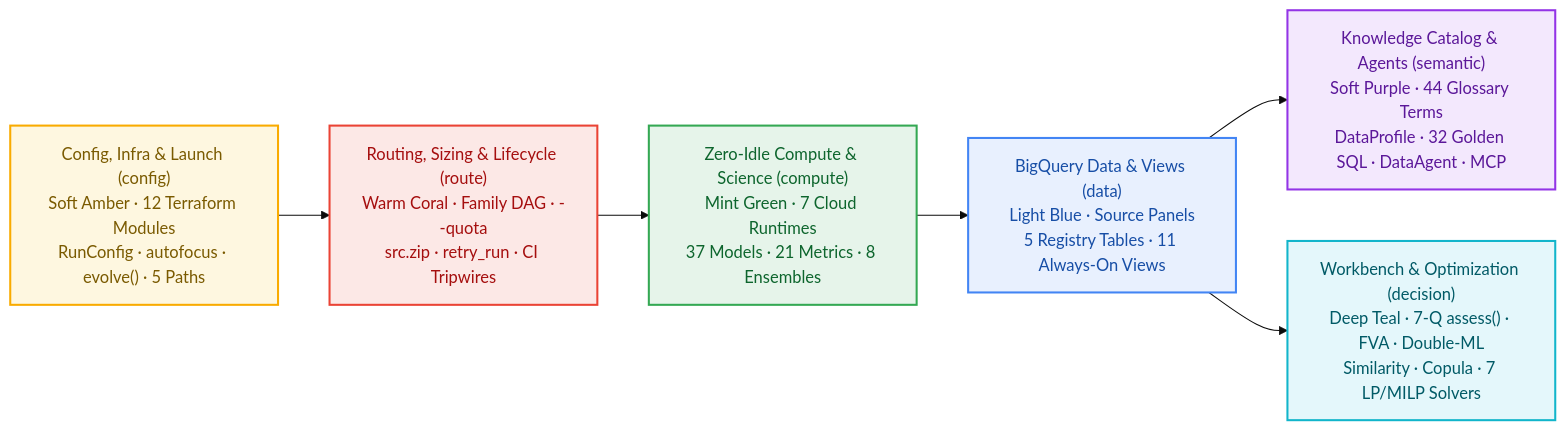
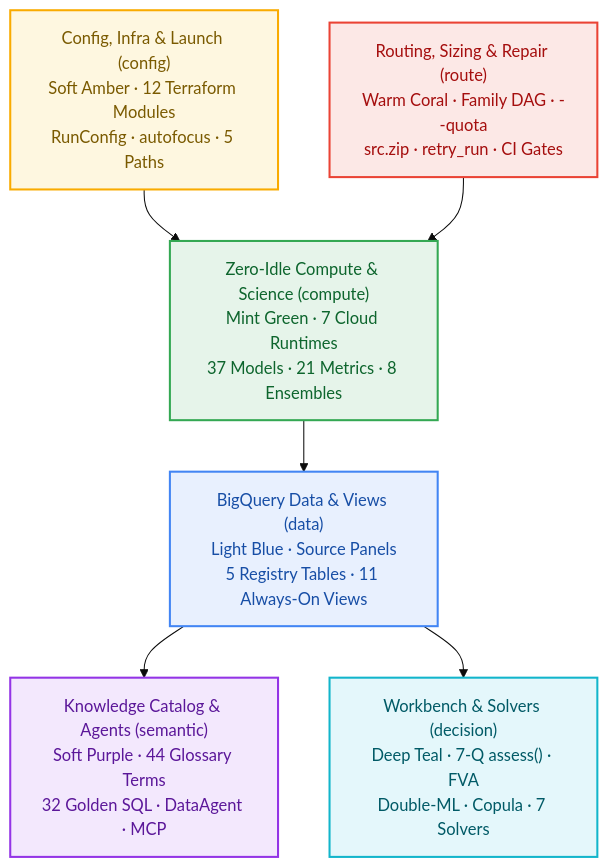
One commit to statmike/scale-forecasting changed the second of 17 diagrams in docs/visual_architecture.md. Above: the diagram before and after it, drawn with Mermaid (base theme). The commit also changed other lines of this file and 14 other files, not shown here.

Commit message:
docs(mermaid): reconfigure wide diagrams to vertical TD layout with concise labels

````diff
--- a/docs/visual_architecture.md
+++ b/docs/visual_architecture.md
@@ -49,24 +49,24 @@
 ```mermaid
-flowchart LR
-    C_CFG["Config, Infra & Launch (config)<br/>Soft Amber · 12 Terraform Modules<br/>RunConfig · autofocus · evolve() · 5 Paths"]
-    C_RTE["Routing, Sizing & Lifecycle (route)<br/>Warm Coral · Family DAG · --quota<br/>src.zip · retry_run · CI Tripwires"]
+flowchart TD
+    C_CFG["Config, Infra & Launch (config)<br/>Soft Amber · 12 Terraform Modules<br/>RunConfig · autofocus · 5 Paths"]
+    C_RTE["Routing, Sizing & Repair (route)<br/>Warm Coral · Family DAG · --quota<br/>src.zip · retry_run · CI Gates"]
     C_CMP["Zero-Idle Compute & Science (compute)<br/>Mint Green · 7 Cloud Runtimes<br/>37 Models · 21 Metrics · 8 Ensembles"]
     C_DATA["BigQuery Data & Views (data)<br/>Light Blue · Source Panels<br/>5 Registry Tables · 11 Always-On Views"]
-    C_SEM["Knowledge Catalog & Agents (semantic)<br/>Soft Purple · 44 Glossary Terms<br/>DataProfile · 32 Golden SQL · DataAgent · MCP"]
-    C_DEC["Workbench & Optimization (decision)<br/>Deep Teal · 7-Q assess() · FVA · Double-ML<br/>Similarity · Copula · 7 LP/MILP Solvers"]
+    C_SEM["Knowledge Catalog & Agents (semantic)<br/>Soft Purple · 44 Glossary Terms<br/>32 Golden SQL · DataAgent · MCP"]
+    C_DEC["Workbench & Solvers (decision)<br/>Deep Teal · 7-Q assess() · FVA<br/>Double-ML · Copula · 7 Solvers"]
 
-    C_CFG --> C_RTE --> C_CMP --> C_DATA --> C_SEM & C_DEC
+    C_CFG & C_RTE --> C_CMP --> C_DATA --> C_SEM & C_DEC
 
     classDef data fill:#E8F0FE,stroke:#4285F4,stroke-width:2px,color:#174EA6
     classDef config fill:#FEF7E0,stroke:#F9AB00,stroke-width:2px,color:#7A5A00
     classDef route fill:#FCE8E6,stroke:#EA4335,stroke-width:2px,color:#A50E0E
     classDef compute fill:#E6F4EA,stroke:#34A853,stroke-width:2px,color:#0D652D
     classDef semantic fill:#F3E8FD,stroke:#9334E6,stroke-width:2px,color:#5B1799
     classDef decision fill:#E4F7FB,stroke:#12B5CB,stroke-width:2px,color:#005A66
     class C_CFG config
     class C_RTE route
     class C_CMP compute
     class C_DATA data
     class C_SEM semantic
     class C_DEC decision
 ```
````
